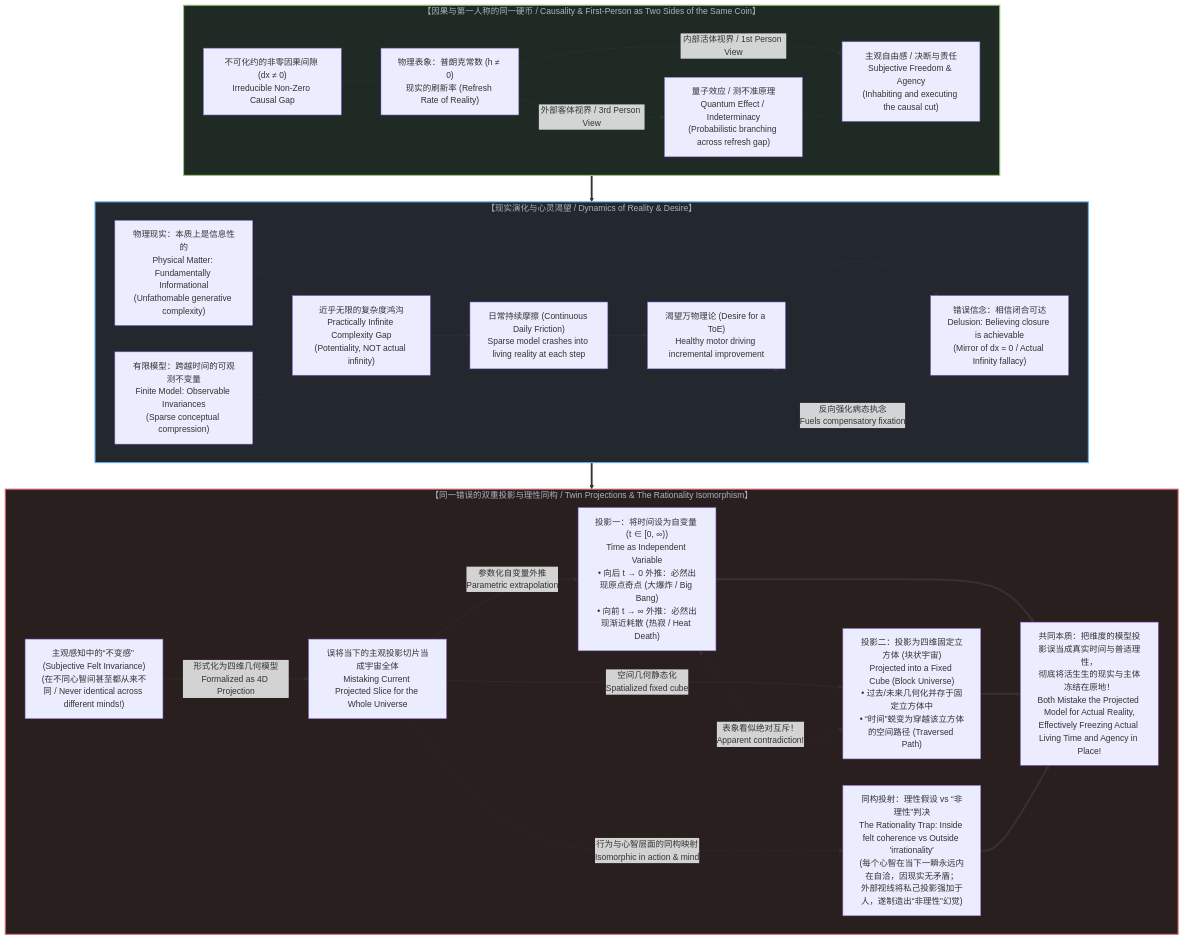
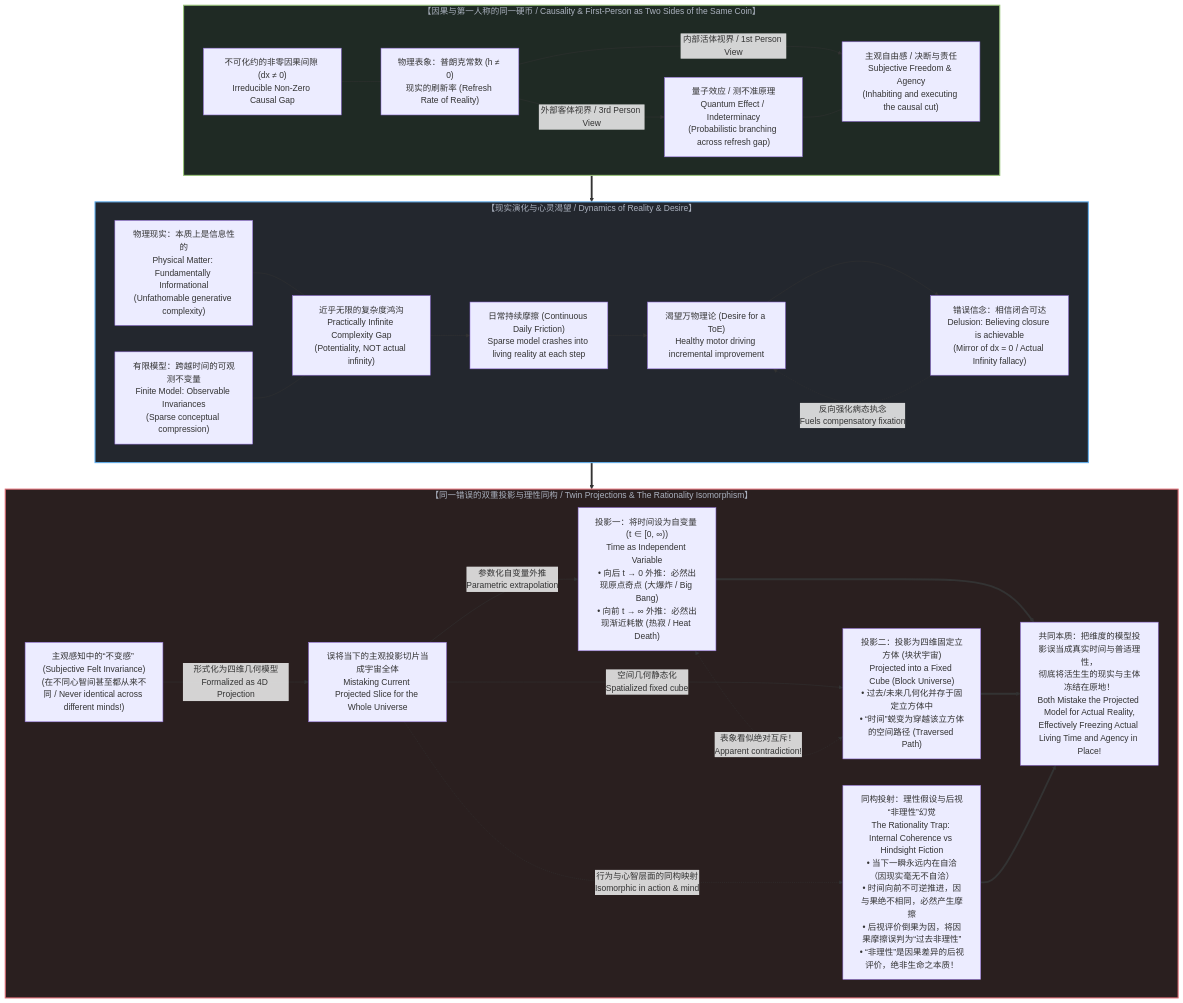
Before and after one commit to powerpig99/not-a-toe: the diagram in content/posts/demanding-a-toe-freezes-time-into-a-catalog.md, drawn with Mermaid. The commit also changed other lines of this file and 3 other files, not shown here.

Commit message:
feat: add hindsight irrationality and cause-effect friction analysis

````diff
--- a/content/posts/demanding-a-toe-freezes-time-into-a-catalog.md
+++ b/content/posts/demanding-a-toe-freezes-time-into-a-catalog.md
@@ -658,63 +678,63 @@
 ```mermaid
 graph TD
     subgraph GrandCoherence["【因果与第一人称的同一硬币 / Causality & First-Person as Two Sides of the Same Coin】"]
         Cut["不可化约的非零因果间隙 (dx ≠ 0)<br>Irreducible Non-Zero Causal Gap"]
         Planck["物理表象：普朗克常数 (h ≠ 0)<br>现实的刷新率 (Refresh Rate of Reality)"]
         
         Cut --- Planck
         
         Planck -->|"外部客体视界 / 3rd Person View"| Quantum["量子效应 / 测不准原理<br>Quantum Effect / Indeterminacy<br>(Probabilistic branching across refresh gap)"]
         Planck -->|"内部活体视界 / 1st Person View"| Freedom["主观自由感 / 决断与责任<br>Subjective Freedom & Agency<br>(Inhabiting and executing the causal cut)"]
         
         Quantum --- Freedom
     end
 
     subgraph Dynamics["【现实演化与心灵渴望 / Dynamics of Reality & Desire】"]
         Reality["物理现实：本质上是信息性的<br>Physical Matter: Fundamentally Informational<br>(Unfathomable generative complexity)"]
         Model["有限模型：跨越时间的可观测不变量<br>Finite Model: Observable Invariances<br>(Sparse conceptual compression)"]
         
         Gap["近乎无限的复杂度鸿沟<br>Practically Infinite Complexity Gap<br>(Potentiality, NOT actual infinity)"]
         Reality --- Gap
         Model --- Gap
         
         Friction["日常持续摩擦 (Continuous Daily Friction)<br>Sparse model crashes into living reality at each step"]
         Gap --> Friction
         
         Desire["渴望万物理论 (Desire for a ToE)<br>Healthy motor driving incremental improvement"]
         Belief["错误信念：相信闭合可达<br>Delusion: Believing closure is achievable<br>(Mirror of dx = 0 / Actual Infinity fallacy)"]
         
         Friction --> Desire
         Desire --> Belief
         Belief -. "反向强化病态执念<br>Fuels compensatory fixation" .-> Desire
     end
 
     subgraph TwinProjections["【同一错误的双重投影与理性同构 / Twin Projections & The Rationality Isomorphism】"]
         Subjective["主观感知中的“不变感” (Subjective Felt Invariance)<br>(在不同心智间甚至都从来不同 / Never identical across different minds!)"]
         CurrentSlice["误将当下的主观投影切片当成宇宙全体<br>Mistaking Current Projected Slice for the Whole Universe"]
         
         Subjective -->|"形式化为四维几何模型<br>Formalized as 4D Projection"| CurrentSlice
         
         Proj1["投影一：将时间设为自变量 (t ∈ [0, ∞))<br>Time as Independent Variable<br>• 向后 t → 0 外推：必然出现原点奇点 (大爆炸 / Big Bang)<br>• 向前 t → ∞ 外推：必然出现渐近耗散 (热寂 / Heat Death)"]
         
         Proj2["投影二：投影为四维固定立方体 (块状宇宙)<br>Projected into a Fixed Cube (Block Universe)<br>• 过去/未来几何化并存于固定立方体中<br>• “时间”蜕变为穿越该立方体的空间路径 (Traversed Path)"]
         
-        Rationality["同构投射：理性假设 vs “非理性”判决<br>The Rationality Trap: Inside felt coherence vs Outside 'irrationality'<br>(每个心智在当下一瞬永远内在自洽，因现实无矛盾；<br>外部视线将私己投影强加于人，遂制造出“非理性”幻觉)"]
+        Rationality["同构投射：理性假设与后视“非理性”幻觉<br>The Rationality Trap: Internal Coherence vs Hindsight Fiction<br>• 当下一瞬永远内在自洽（因现实毫无不自洽）<br>• 时间向前不可逆推进，因与果绝不相同，必然产生摩擦<br>• 后视评价倒果为因，将因果摩擦误判为“过去非理性”<br>• “非理性”是因果差异的后视评价，绝非生命之本质！"]
         
         Freeze["共同本质：把维度的模型投影误当成真实时间与普适理性，<br>彻底将活生生的现实与主体冻结在原地！<br>Both Mistake the Projected Model for Actual Reality,<br>Effectively Freezing Actual Living Time and Agency in Place!"]
         
         CurrentSlice -->|"参数化自变量外推<br>Parametric extrapolation"| Proj1
         CurrentSlice -->|"空间几何静态化<br>Spatialized fixed cube"| Proj2
         CurrentSlice -. "行为与心智层面的同构映射<br>Isomorphic in action & mind" .-> Rationality
         Proj1 <-. "表象看似绝对互斥！<br>Apparent contradiction!" .-> Proj2
         Proj1 ==> Freeze
         Proj2 ==> Freeze
         Rationality ==> Freeze
     end
 
     GrandCoherence ==> Dynamics
     Dynamics ==> TwinProjections
 
     style GrandCoherence fill:#1f2a24,stroke:#98c379,stroke-width:2px,color:#abb2bf
     style Dynamics fill:#23272e,stroke:#61afef,stroke-width:2px,color:#abb2bf
     style TwinProjections fill:#2a1f1f,stroke:#e06c75,stroke-width:2px,color:#abb2bf
 ```
````
